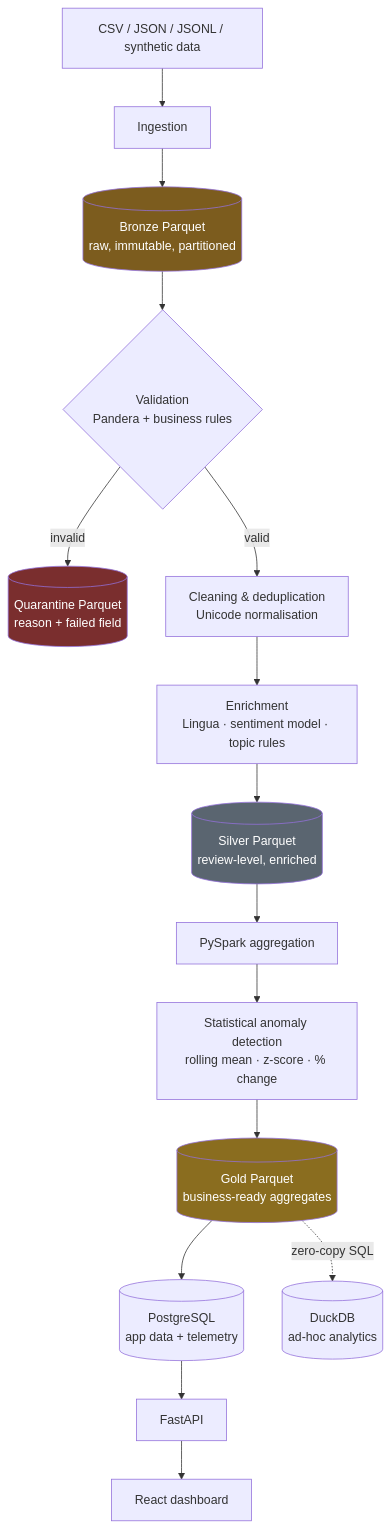
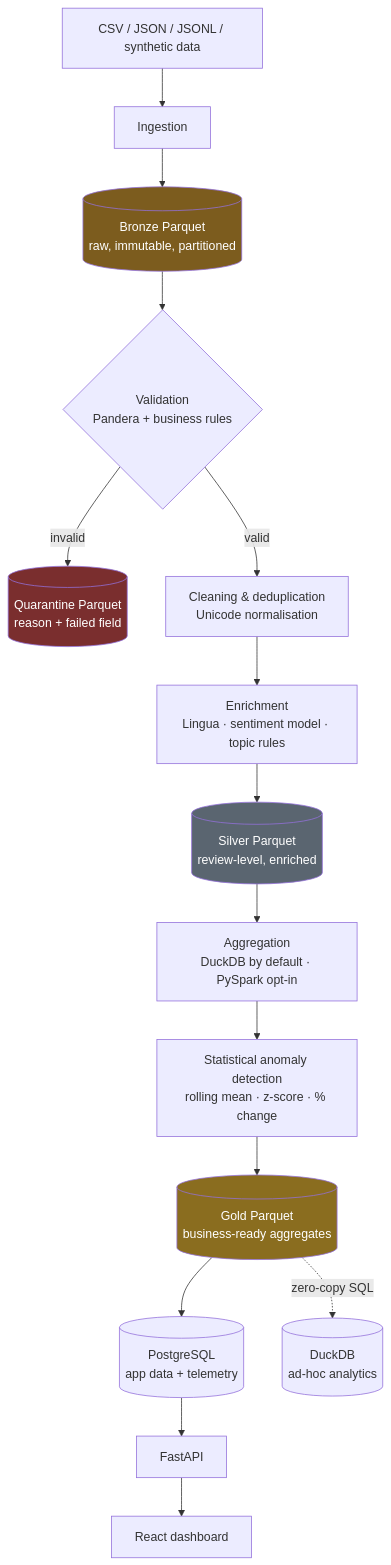
The diagram in README.md (BlackDranzer777/pensieve), drawn with Mermaid before and after one commit. The commit also changed other lines of this file and 21 other files, not shown here.

````diff
--- a/README.md
+++ b/README.md
@@ -86,22 +95,22 @@
 ```mermaid
 flowchart TD
     A["CSV / JSON / JSONL / synthetic data"] --> B["Ingestion"]
     B --> C[("Bronze Parquet<br/>raw, immutable, partitioned")]
     C --> D{"Validation<br/>Pandera + business rules"}
     D -->|invalid| Q[("Quarantine Parquet<br/>reason + failed field")]
     D -->|valid| E["Cleaning & deduplication<br/>Unicode normalisation"]
     E --> F["Enrichment<br/>Lingua · sentiment model · topic rules"]
     F --> G[("Silver Parquet<br/>review-level, enriched")]
-    G --> H["PySpark aggregation"]
+    G --> H["Aggregation<br/>DuckDB by default · PySpark opt-in"]
     H --> I["Statistical anomaly detection<br/>rolling mean · z-score · % change"]
     I --> J[("Gold Parquet<br/>business-ready aggregates")]
     J --> K[("PostgreSQL<br/>app data + telemetry")]
     J -.->|zero-copy SQL| L[("DuckDB<br/>ad-hoc analytics")]
     K --> M["FastAPI"]
     M --> N["React dashboard"]
 
     style C fill:#7c5c1e,color:#fff
     style G fill:#5a6570,color:#fff
     style J fill:#8a6d1f,color:#fff
     style Q fill:#7a2e2e,color:#fff
 ```
````
